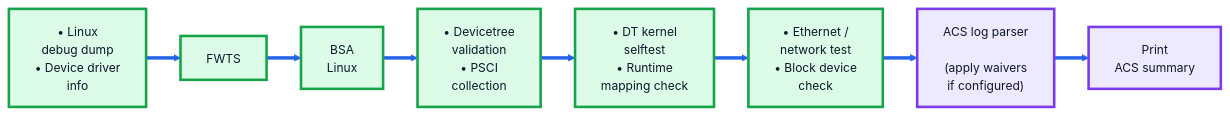
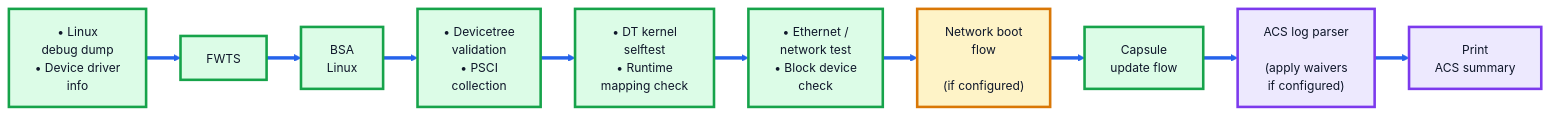
The fourth of 8 diagrams in docs/systemredy_devicetree_band_flow.md (manjunath3divakar/arm-systemready), drawn with Mermaid before and after one commit. The commit also changed other lines of this file, not shown here.

First line of the commit message:
Refactor SystemReady Devicetree Band flow documentation

````diff
--- a/docs/systemredy_devicetree_band_flow.md
+++ b/docs/systemredy_devicetree_band_flow.md
@@ -222,39 +214,48 @@
 ```mermaid
 %%{init: {
   "theme": "base",
   "flowchart": {
     "curve": "linear",
     "nodeSpacing": 30,
     "rankSpacing": 40
   },
   "themeVariables": {
     "fontFamily": "Arial",
     "fontSize": "14px",
     "primaryBorderColor": "#0f172a",
     "lineColor": "#2563eb",
     "tertiaryColor": "#ffffff"
   }
 }}%%
 
 flowchart LR
 
     linkStyle default stroke:#2563eb,stroke-width:4px;
 
     A["• Linux<br/>  debug dump<br/>• Device driver<br/>  info"]
     A --> B["FWTS"]
     B --> C["BSA<br/>Linux"]
 
     C --> D["• Devicetree<br/>  validation<br/>• PSCI<br/>  collection"]
+
     D --> E["• DT kernel<br/>  selftest<br/>• Runtime<br/>  mapping check"]
 
     E --> F["• Ethernet /<br/>  network test<br/>• Block device<br/>  check"]
 
-    F --> G["ACS log parser<br/><br/>(apply waivers<br/>if configured)"]
-    G --> H["Print<br/>ACS summary"]
+    F --> G["Network boot<br/>flow<br/><br/>(if configured)"]
+    G --> H["Capsule<br/>update flow"]
+
+    H --> I["ACS log parser<br/><br/>(apply waivers<br/>if configured)"]
+    I --> J["Print<br/>ACS summary"]
+
+    click G "https://github.com/manjunath3divakar/arm-systemready/edit/flow_docs/docs/systemredy_devicetree_band_flow.md#network-boot" "Go to Network Boot Flow"
+    click H "https://github.com/manjunath3divakar/arm-systemready/blob/flow_docs/docs/systemredy_devicetree_band_flow.md#capsule-update-flow" "Go to Capsule Update Flow"
 
     classDef linux fill:#dcfce7,stroke:#16a34a,stroke-width:3px,color:#0f172a;
+    classDef optional fill:#fef3c7,stroke:#d97706,stroke-width:3px,color:#0f172a;
     classDef result fill:#ede9fe,stroke:#7c3aed,stroke-width:3px,color:#0f172a;
 
-    class A,B,C,D,E,F linux;
-    class G,H result;
+    class A,B,C,D,E,F,H linux;
+    class G optional;
+    class I,J result;
 ```
````
